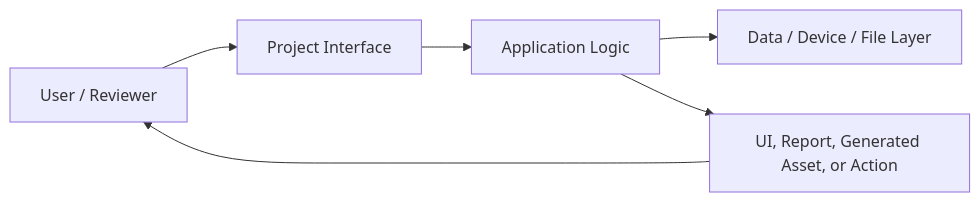
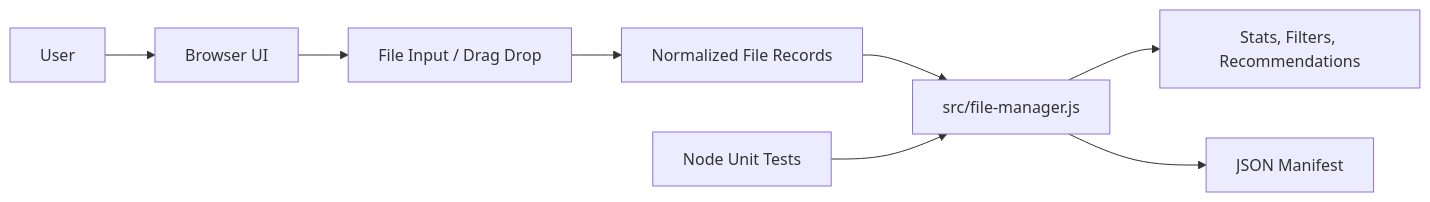
The first of 3 diagrams in docs/ARCHITECTURE.md (bhedanikhilkumar-code/FileManager), drawn with Mermaid before and after one commit. The commit also changed other lines of this file and 13 other files, not shown here.

````diff
--- a/docs/ARCHITECTURE.md
+++ b/docs/ARCHITECTURE.md
@@ -11,8 +9,10 @@
 ```mermaid
 flowchart LR
-    User[User / Reviewer] --> Interface[Project Interface]
-    Interface --> Logic[Application Logic]
-    Logic --> Data[Data / Device / File Layer]
-    Logic --> Output[UI, Report, Generated Asset, or Action]
-    Output --> User
+    User[User] --> Browser[Browser UI]
+    Browser --> Picker[File Input / Drag Drop]
+    Picker --> Records[Normalized File Records]
+    Records --> Logic[src/file-manager.js]
+    Logic --> Insights[Stats, Filters, Recommendations]
+    Logic --> Export[JSON Manifest]
+    Tests[Node Unit Tests] --> Logic
 ```
````
